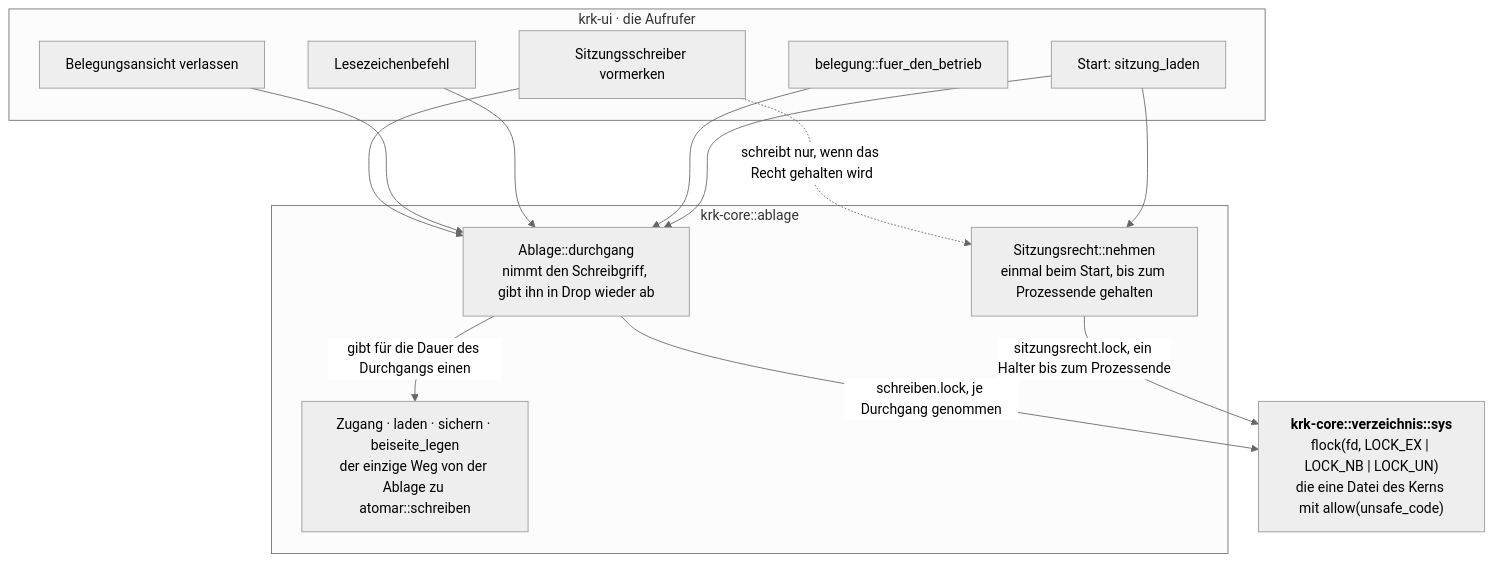
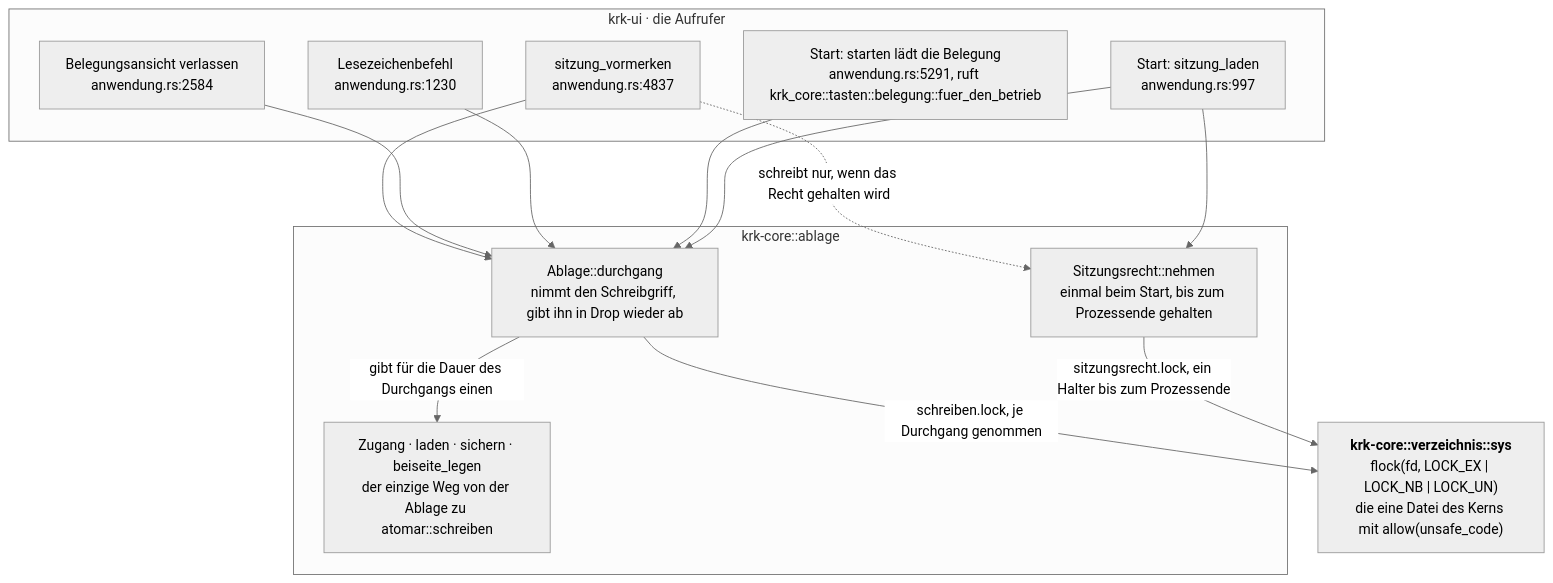
Before and after one commit to tenzoki/krk: the third of 4 diagrams in fusion-workbench/circles/260813-0100-suche-in-der-belegung-vollstaendiges-menue-weitere-instanz/planning/260813-0205_o_plan-suche-in-der-belegung-vollstaendiges-menue-weitere-instanz.md, drawn with Mermaid (neutral theme). The commit also changed other lines of this file and 1 other file, not shown here.

````diff
--- a/fusion-workbench/circles/260813-0100-suche-in-der-belegung-vollstaendiges-menue-weitere-instanz/planning/260813-0205_o_plan-suche-in-der-belegung-vollstaendiges-menue-weitere-instanz.md
+++ b/fusion-workbench/circles/260813-0100-suche-in-der-belegung-vollstaendiges-menue-weitere-instanz/planning/260813-0205_o_plan-suche-in-der-belegung-vollstaendiges-menue-weitere-instanz.md
@@ -89,26 +100,26 @@
 ```mermaid
 flowchart TD
     subgraph UI["krk-ui · die Aufrufer"]
-        START["Start: sitzung_laden"]
-        KEY["belegung::fuer_den_betrieb"]
-        LZ["Lesezeichenbefehl"]
-        BEL["Belegungsansicht verlassen"]
-        SITZ["Sitzungsschreiber vormerken"]
+        START["Start: sitzung_laden<br/>anwendung.rs:997"]
+        KEY["Start: starten lädt die Belegung<br/>anwendung.rs:5291, ruft krk_core::tasten::belegung::fuer_den_betrieb"]
+        LZ["Lesezeichenbefehl<br/>anwendung.rs:1230"]
+        BEL["Belegungsansicht verlassen<br/>anwendung.rs:2584"]
+        SITZ["sitzung_vormerken<br/>anwendung.rs:4837"]
     end
     subgraph ABL["krk-core::ablage"]
         RECHT["Sitzungsrecht::nehmen<br/>einmal beim Start, bis zum Prozessende gehalten"]
         DURCH["Ablage::durchgang<br/>nimmt den Schreibgriff, gibt ihn in Drop wieder ab"]
         ZUG["Zugang · laden · sichern · beiseite_legen<br/>der einzige Weg von der Ablage zu atomar::schreiben"]
     end
     FLOCK["<b>krk-core::verzeichnis::sys</b><br/>flock(fd, LOCK_EX | LOCK_NB | LOCK_UN)<br/>die eine Datei des Kerns mit allow(unsafe_code)"]
     START --> RECHT
     START --> DURCH
     KEY --> DURCH
     LZ --> DURCH
     BEL --> DURCH
     SITZ --> DURCH
     DURCH -->|"gibt für die Dauer des Durchgangs einen"| ZUG
     RECHT -->|"sitzungsrecht.lock, ein Halter bis zum Prozessende"| FLOCK
     DURCH -->|"schreiben.lock, je Durchgang genommen"| FLOCK
     SITZ -.->|"schreibt nur, wenn das Recht gehalten wird"| RECHT
 ```
````
